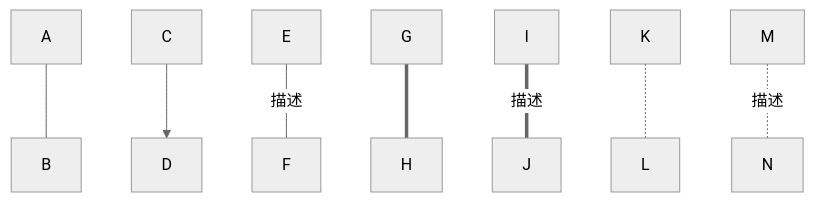
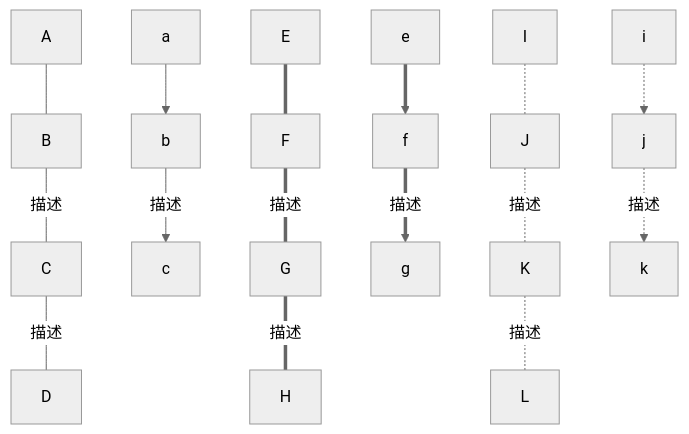
One commit to wqf31415/wqf31415.github.io changed the fourth of 17 diagrams in source/_posts/markdown-中插入-mermaid-图.md. Above: the diagram before and after it, drawn with Mermaid (neutral theme). The commit also changed other lines of this file, not shown here.

Commit message:
:chart_with_downwards_trend: finish

````diff
--- a/source/_posts/markdown-中插入-mermaid-图.md
+++ b/source/_posts/markdown-中插入-mermaid-图.md
@@ -142,10 +131,9 @@
 ```mermaid
 graph TB;
-A---B
-C-->D
-E--描述---F
-G===H
-I==描述===J
-K-.-L
-M-.描述.-N
+A --- B -- 描述 --- C ---|描述| D
+a --> b -- 描述 --> c 
+E === F == 描述 === G ===|描述| H
+e ==> f == 描述 ==> g
+I -.- J -. 描述 .- K .-|描述| L
+i -.-> j -. 描述 .-> k
 ```
````
